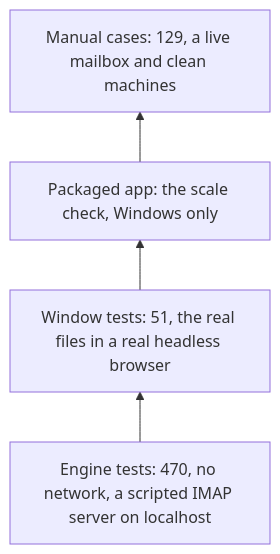
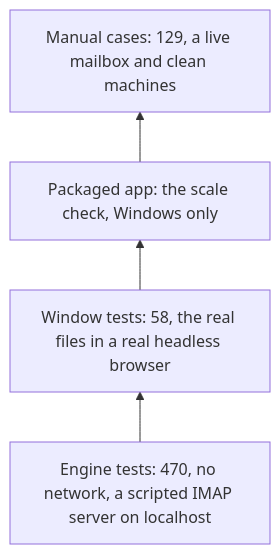
The first of 2 diagrams in docs/testing/strategy.md (SarangVehale/email-todolist), drawn with Mermaid before and after one commit. The commit also changed other lines of this file and 10 other files, not shown here.

First line of the commit message:
Accessibility: names for every control and dialog, 24-pixel targets, readable star; seven window tests

````diff
--- a/docs/testing/strategy.md
+++ b/docs/testing/strategy.md
@@ -24,6 +24,6 @@
 ```mermaid
 flowchart BT
-    E["Engine tests: 470, no network, a scripted IMAP server on localhost"] --> W["Window tests: 51, the real files in a real headless browser"]
+    E["Engine tests: 470, no network, a scripted IMAP server on localhost"] --> W["Window tests: 58, the real files in a real headless browser"]
     W --> P["Packaged app: the scale check, Windows only"]
     P --> M["Manual cases: 129, a live mailbox and clean machines"]
 ```
````
